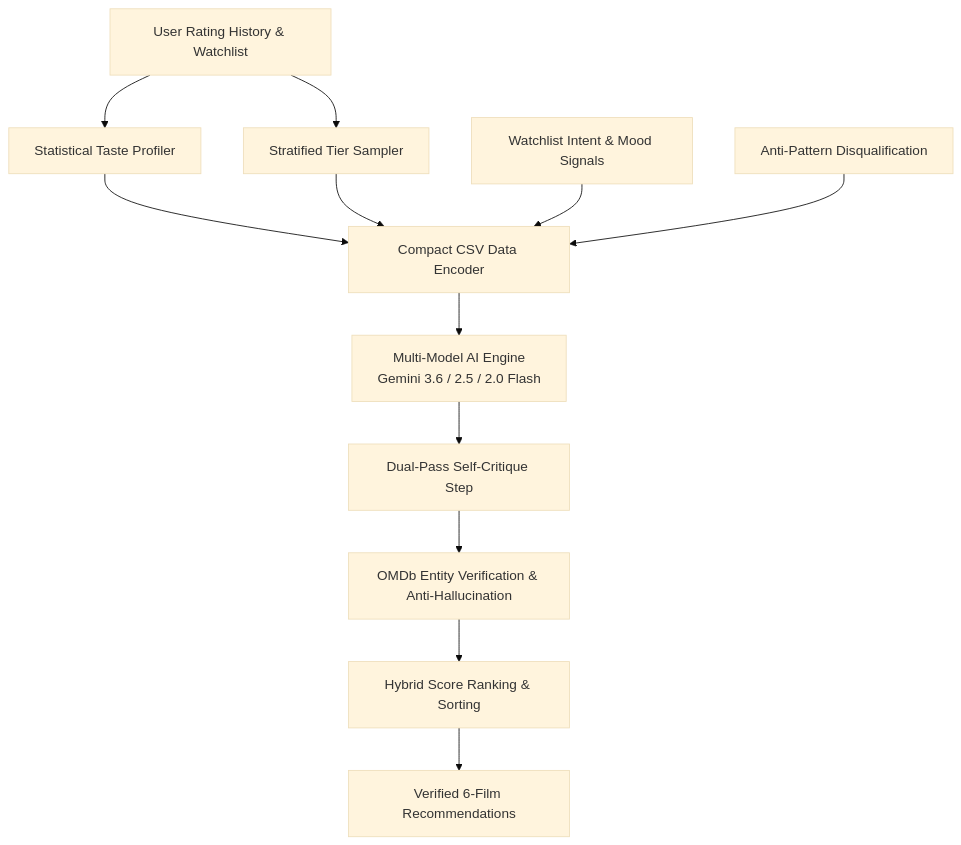
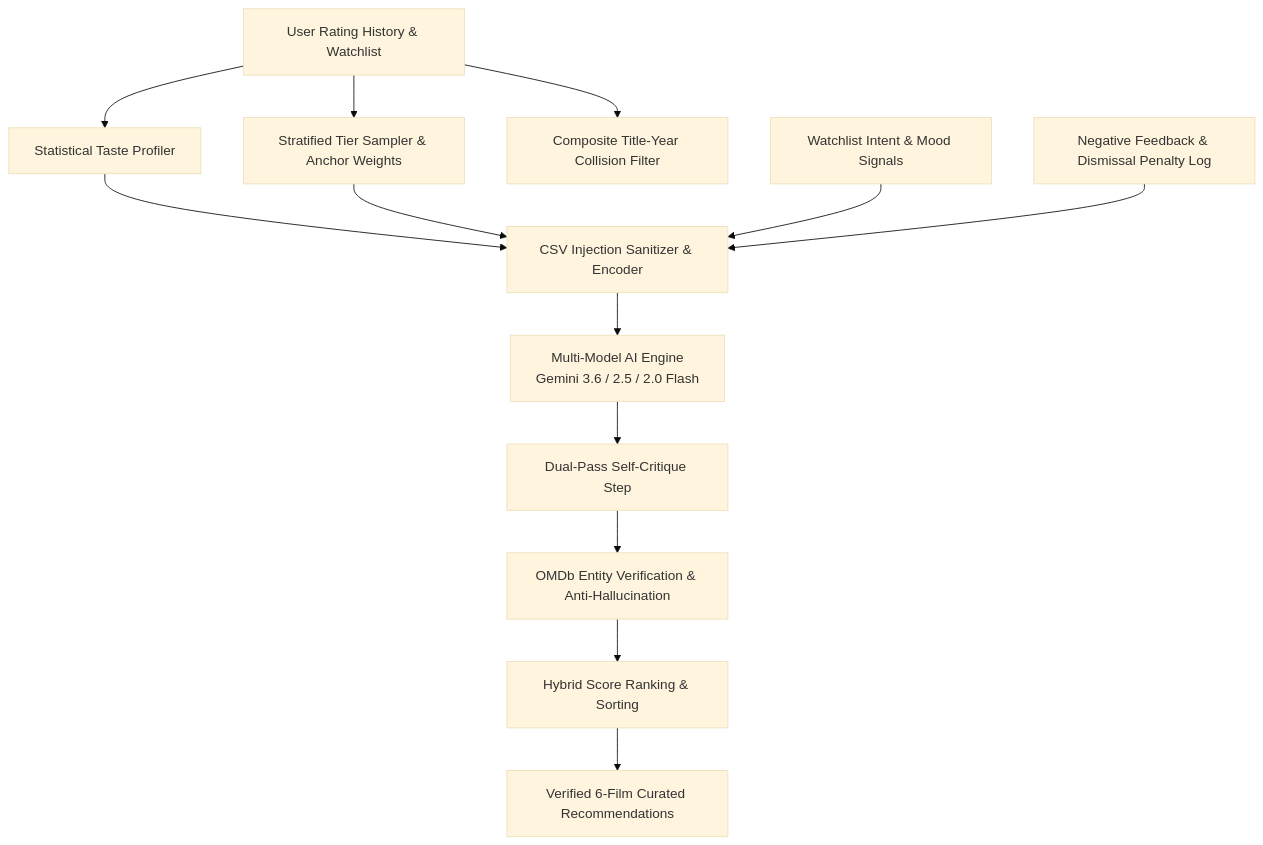
The diagram in README.md (khuzaima175/React-Movie-Original), drawn with Mermaid (base theme) before and after one commit. The commit also changed other lines of this file, not shown here.

Commit message:
docs(readme): document algorithmic hardening, collision prevention, negative feedback loops, and cinema studio UI overhaul

````diff
--- a/README.md
+++ b/README.md
@@ -32,14 +37,15 @@
 ```mermaid
 graph TD
     A[User Rating History & Watchlist] --> B[Statistical Taste Profiler]
-    A --> C[Stratified Tier Sampler]
-    B --> D[Compact CSV Data Encoder]
-    C --> D
-    E[Watchlist Intent & Mood Signals] --> D
-    F[Anti-Pattern Disqualification] --> D
-    D --> G[Multi-Model AI Engine\nGemini 3.6 / 2.5 / 2.0 Flash]
-    G --> H[Dual-Pass Self-Critique Step]
-    H --> I[OMDb Entity Verification & Anti-Hallucination]
-    I --> J[Hybrid Score Ranking & Sorting]
-    J --> K[Verified 6-Film Recommendations]
+    A --> C[Stratified Tier Sampler & Anchor Weights]
+    A --> D[Composite Title-Year Collision Filter]
+    B --> E[CSV Injection Sanitizer & Encoder]
+    C --> E
+    F[Watchlist Intent & Mood Signals] --> E
+    G[Negative Feedback & Dismissal Penalty Log] --> E
+    E --> H[Multi-Model AI Engine\nGemini 3.6 / 2.5 / 2.0 Flash]
+    H --> I[Dual-Pass Self-Critique Step]
+    I --> J[OMDb Entity Verification & Anti-Hallucination]
+    J --> K[Hybrid Score Ranking & Sorting]
+    K --> L[Verified 6-Film Curated Recommendations]
 ```
````
